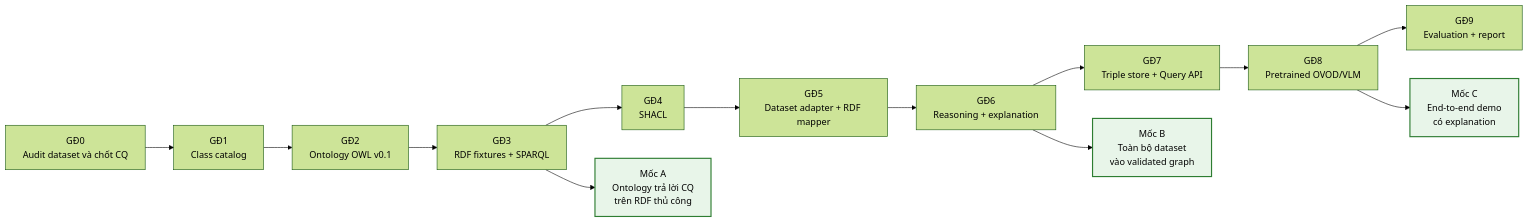
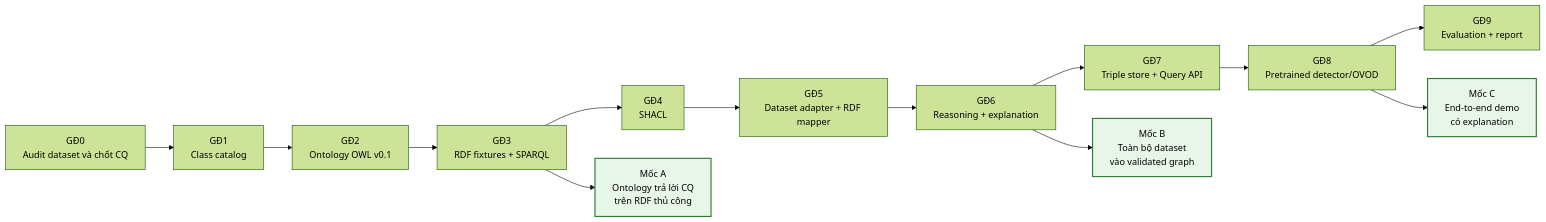
One commit to khoatran02/Ontology-COKB-Biomedical-Code-Mapping changed diagram 16 of 16 in docs/Ontology-Grounded-Traffic-Sign-Knowledge-Graph-Proposal.md. Above: the diagram before and after it, drawn with Mermaid (forest theme). The commit also changed other lines of this file and 71 other files, not shown here.

````diff
--- a/docs/Ontology-Grounded-Traffic-Sign-Knowledge-Graph-Proposal.md
+++ b/docs/Ontology-Grounded-Traffic-Sign-Knowledge-Graph-Proposal.md
@@ -2501,22 +2485,22 @@
 ```mermaid
 flowchart LR
     P0["GĐ0<br/>Audit dataset và chốt CQ"] --> P1["GĐ1<br/>Class catalog"]
     P1 --> P2["GĐ2<br/>Ontology OWL v0.1"]
     P2 --> P3["GĐ3<br/>RDF fixtures + SPARQL"]
     P3 --> P4["GĐ4<br/>SHACL"]
     P4 --> P5["GĐ5<br/>Dataset adapter + RDF mapper"]
     P5 --> P6["GĐ6<br/>Reasoning + explanation"]
     P6 --> P7["GĐ7<br/>Triple store + Query API"]
-    P7 --> P8["GĐ8<br/>Pretrained OVOD/VLM"]
+    P7 --> P8["GĐ8<br/>Pretrained detector/OVOD"]
     P8 --> P9["GĐ9<br/>Evaluation + report"]
 
     M1["Mốc A<br/>Ontology trả lời CQ<br/>trên RDF thủ công"]:::milestone
     M2["Mốc B<br/>Toàn bộ dataset<br/>vào validated graph"]:::milestone
     M3["Mốc C<br/>End-to-end demo<br/>có explanation"]:::milestone
 
     P3 --> M1
     P6 --> M2
     P8 --> M3
 
     classDef milestone fill:#e8f5e9,stroke:#2e7d32,stroke-width:2px
 ```
````
